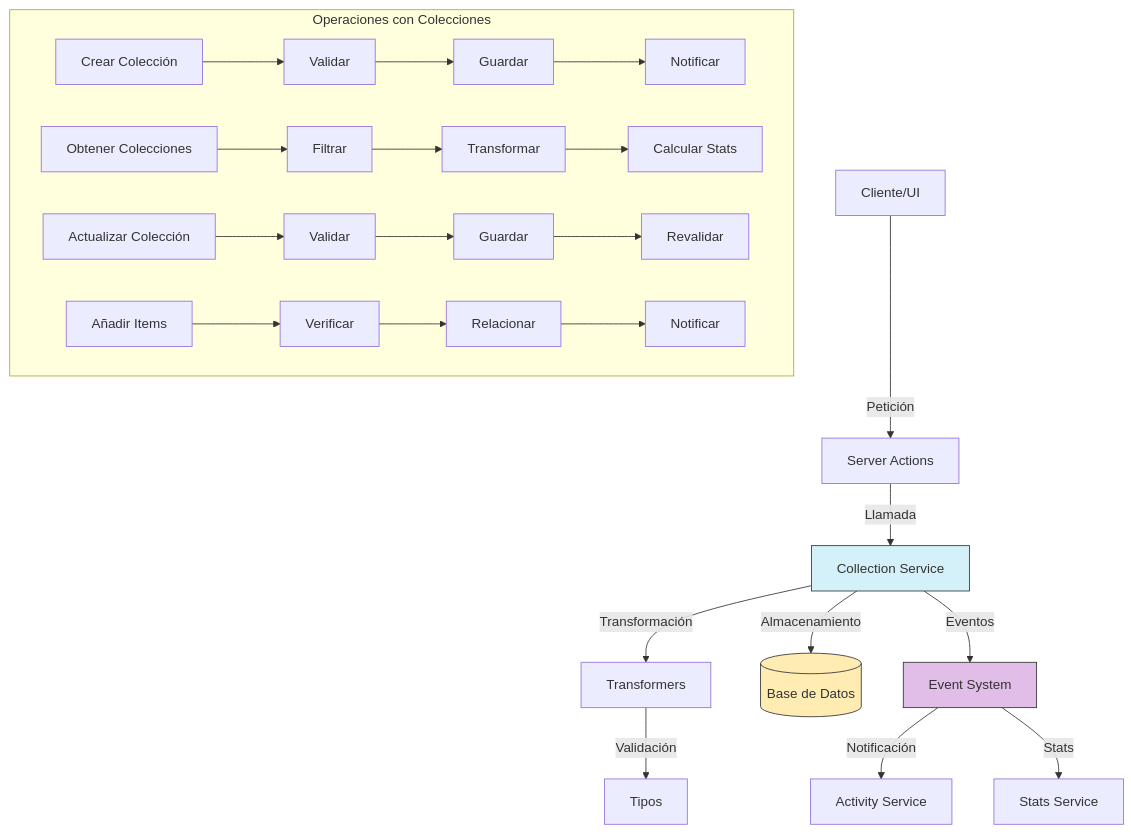
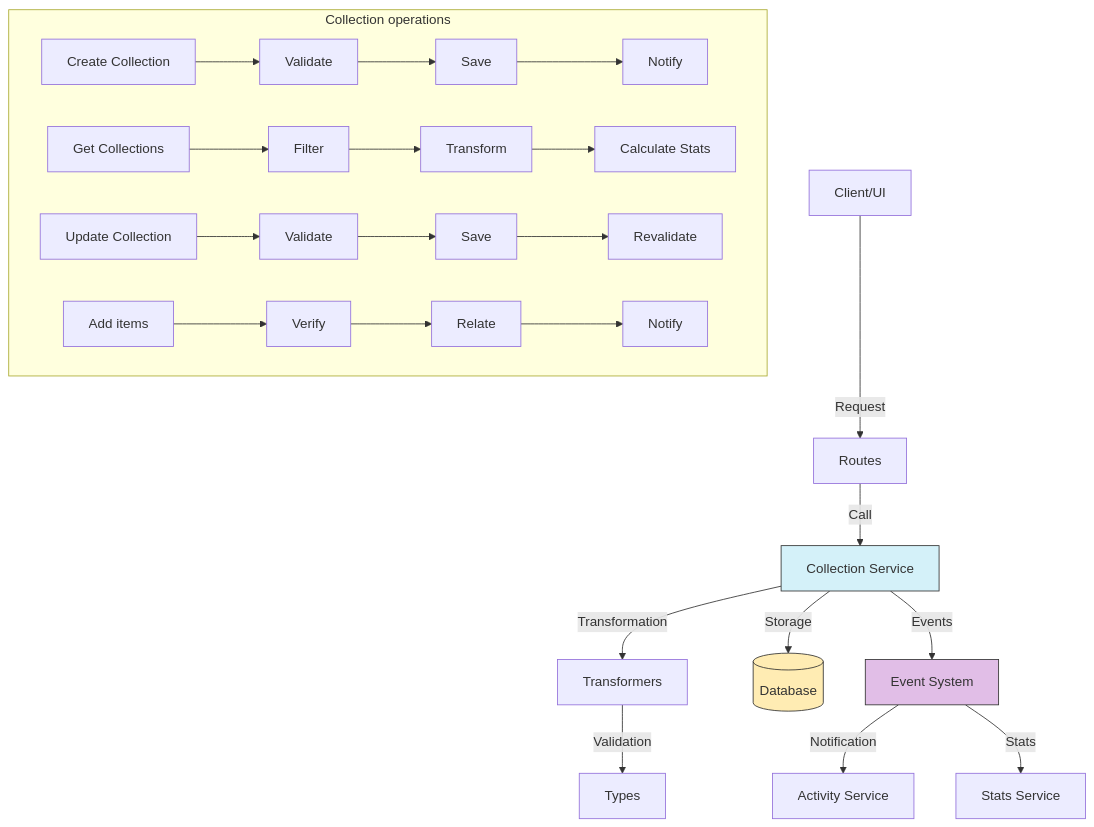
One commit to gvastethecreator/media-manager changed the diagram in src/services/collection/README.md. Above: the diagram before and after it, drawn with Mermaid. The commit also changed other lines of this file and 104 other files, not shown here.

Commit message:
docs: initialize comprehensive architectural documentation and component-level README files across the repository.

````diff
--- a/src/services/collection/README.md
+++ b/src/services/collection/README.md
@@ -9,33 +15,33 @@
 ```mermaid
 graph TD
-    A[Cliente/UI] -->|Petición| B[Server Actions]
-    B -->|Llamada| C[Collection Service]
-    C -->|Transformación| D[Transformers]
-    D -->|Validación| E[Tipos]
-    C -->|Almacenamiento| F[(Base de Datos)]
-    C -->|Eventos| G[Event System]
-    G -->|Notificación| H[Activity Service]
+    A[Client/UI] -->|Request| B[Routes]
+    B -->|Call| C[Collection Service]
+    C -->|Transformation| D[Transformers]
+    D -->|Validation| E[Types]
+    C -->|Storage| F[(Database)]
+    C -->|Events| G[Event System]
+    G -->|Notification| H[Activity Service]
     G -->|Stats| I[Stats Service]
 
-    subgraph "Operaciones con Colecciones"
-        J[Crear Colección] --> K[Validar]
-        K --> L[Guardar]
-        L --> M[Notificar]
+    subgraph "Collection operations"
+        J[Create Collection] --> K[Validate]
+        K --> L[Save]
+        L --> M[Notify]
 
-        N[Obtener Colecciones] --> O[Filtrar]
-        O --> P[Transformar]
-        P --> Q[Calcular Stats]
+        N[Get Collections] --> O[Filter]
+        O --> P[Transform]
+        P --> Q[Calculate Stats]
 
-        R[Actualizar Colección] --> S[Validar]
-        S --> T[Guardar]
-        T --> U[Revalidar]
+        R[Update Collection] --> S[Validate]
+        S --> T[Save]
+        T --> U[Revalidate]
 
-        V[Añadir Items] --> W[Verificar]
-        W --> X[Relacionar]
-        X --> Y[Notificar]
+        V[Add items] --> W[Verify]
+        W --> X[Relate]
+        X --> Y[Notify]
     end
 
     style C fill:#d4f1f9,stroke:#333,stroke-width:1px
     style F fill:#ffecb3,stroke:#333,stroke-width:1px
     style G fill:#e1bee7,stroke:#333,stroke-width:1px
 ```
````
